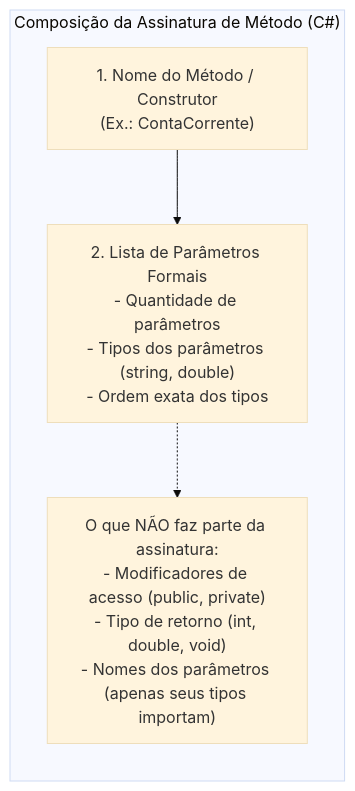
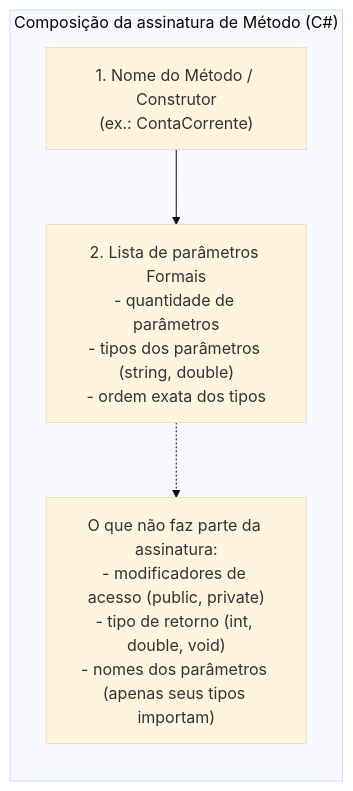
The third of 8 diagrams in 01. Programacao Modular/08. Construtores (inicialização, sobrecarga e garantia de invariantes).md (leorruas/puc), drawn with Mermaid (base theme) before and after one commit. The commit also changed other lines of this file and 10 other files, not shown here.

````diff
--- a/01. Programacao Modular/08. Construtores (inicialização, sobrecarga e garantia de invariantes).md
+++ b/01. Programacao Modular/08. Construtores (inicialização, sobrecarga e garantia de invariantes).md
@@ -151,12 +96,12 @@
 ```mermaid
 flowchart TD
-    subgraph Assinatura ["Composição da Assinatura de Método (C#)"]
+    subgraph Assinatura ["Composição da assinatura de Método (C#)"]
         direction TB
-        Nome["1. Nome do Método / Construtor<br>(Ex.: ContaCorrente)"]
-        Params["2. Lista de Parâmetros Formais<br>- Quantidade de parâmetros<br>- Tipos dos parâmetros (string, double)<br>- Ordem exata dos tipos"]
-        Fora["O que NÃO faz parte da assinatura:<br>- Modificadores de acesso (public, private)<br>- Tipo de retorno (int, double, void)<br>- Nomes dos parâmetros (apenas seus tipos importam)"]
+        Nome["1. Nome do Método / Construtor<br>(ex.: ContaCorrente)"]
+        Params["2. Lista de parâmetros Formais<br>- quantidade de parâmetros<br>- tipos dos parâmetros (string, double)<br>- ordem exata dos tipos"]
+        Fora["O que não faz parte da assinatura:<br>- modificadores de acesso (public, private)<br>- tipo de retorno (int, double, void)<br>- nomes dos parâmetros (apenas seus tipos importam)"]
 
         Nome --> Params
         Params -.-> Fora
     end
 ```
````
